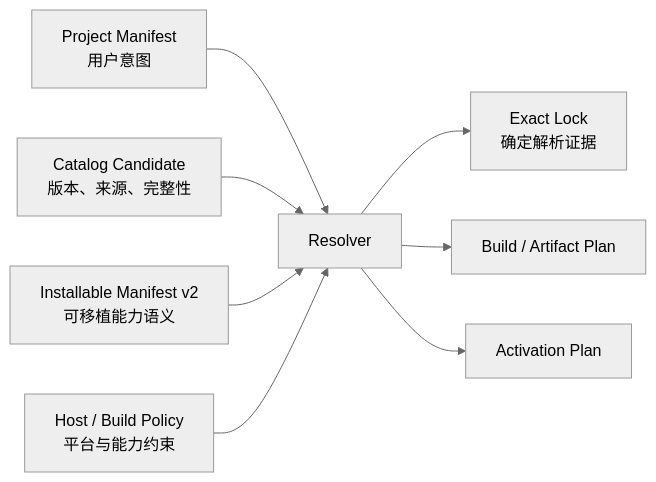
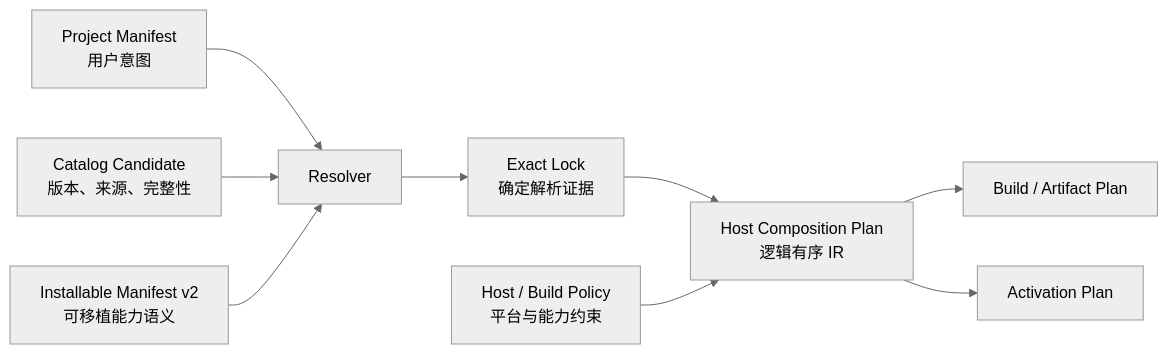
Before and after one commit to 66six11/Engine: the diagram in docs/architecture/adr-installable-package-manifest-v2.md, drawn with Mermaid (neutral theme). The commit also changed other lines of this file and 11 other files, not shown here.

Commit message:
feat: add deterministic host composition plans

````diff
--- a/docs/architecture/adr-installable-package-manifest-v2.md
+++ b/docs/architecture/adr-installable-package-manifest-v2.md
@@ -28,19 +28,21 @@
 ```mermaid
 flowchart LR
     Project["Project Manifest\n用户意图"]
     Candidate["Catalog Candidate\n版本、来源、完整性"]
     Package["Installable Manifest v2\n可移植能力语义"]
     Host["Host / Build Policy\n平台与能力约束"]
     Resolver["Resolver"]
     Lock["Exact Lock\n确定解析证据"]
+    Composition["Host Composition Plan\n逻辑有序 IR"]
     Build["Build / Artifact Plan"]
     Activate["Activation Plan"]
 
     Project --> Resolver
     Candidate --> Resolver
     Package --> Resolver
-    Host --> Resolver
     Resolver --> Lock
-    Resolver --> Build
-    Resolver --> Activate
+    Lock --> Composition
+    Host --> Composition
+    Composition --> Build
+    Composition --> Activate
 ```
````
